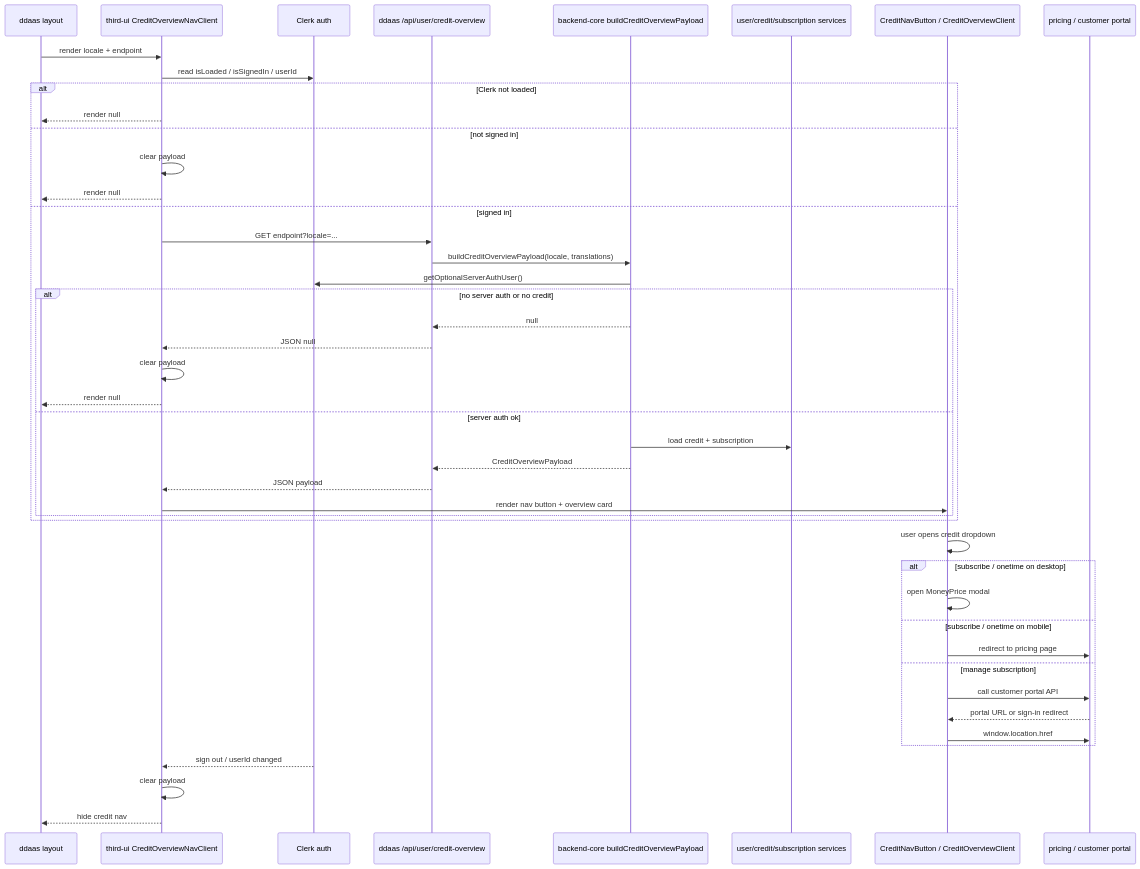
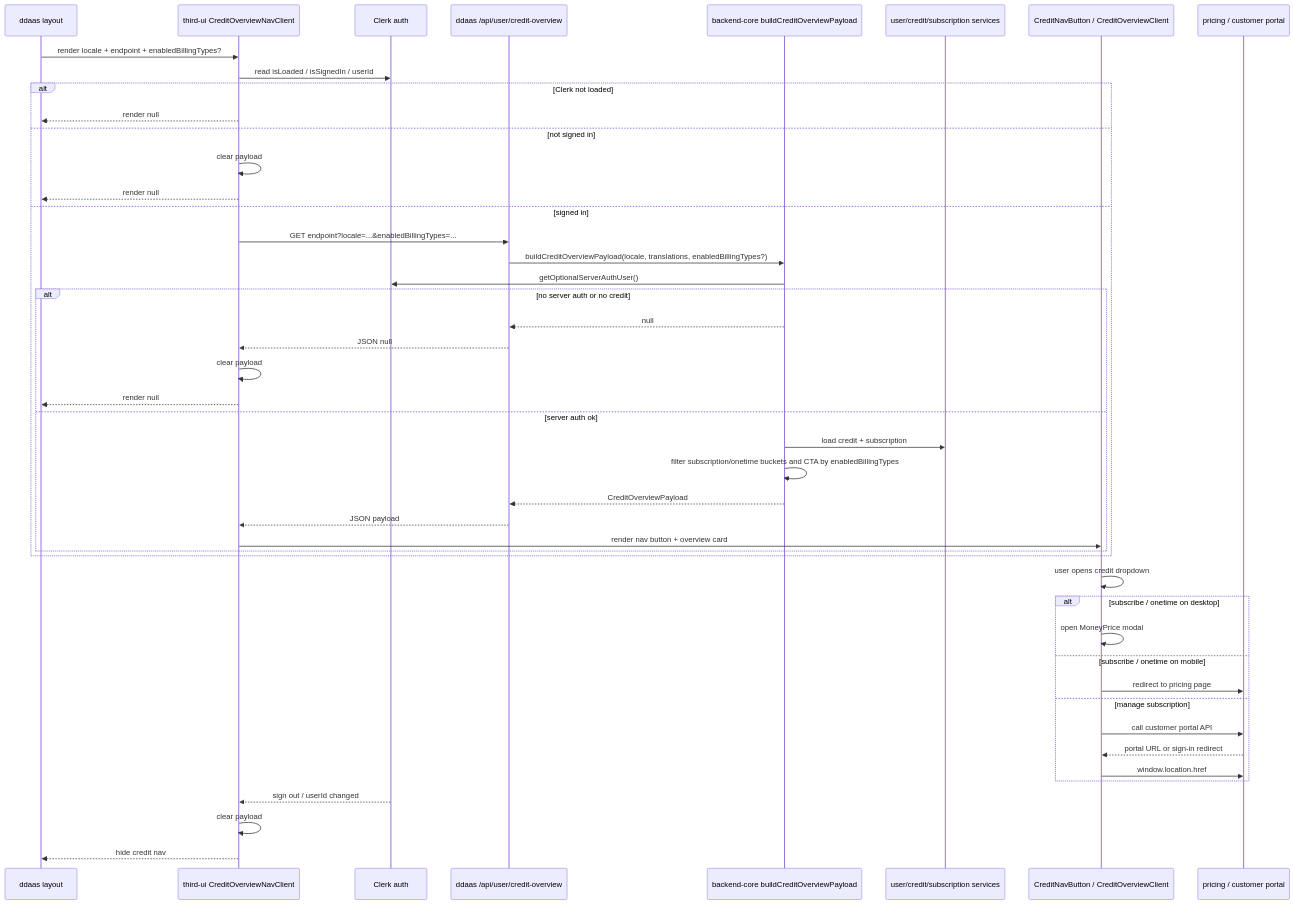
Before and after one commit to caofanCPU/next-ai-build: the first of 2 diagrams in docs/design/credit-overview.md, drawn with Mermaid. The commit also changed other lines of this file and 17 other files, not shown here.

````diff
--- a/docs/design/credit-overview.md
+++ b/docs/design/credit-overview.md
@@ -140,50 +146,51 @@
 ```mermaid
 sequenceDiagram
     participant App as ddaas layout
     participant Third as third-ui CreditOverviewNavClient
     participant Clerk as Clerk auth
     participant Api as ddaas /api/user/credit-overview
     participant Core as backend-core buildCreditOverviewPayload
     participant DB as user/credit/subscription services
     participant UI as CreditNavButton / CreditOverviewClient
     participant Pay as pricing / customer portal
 
-    App->>Third: render locale + endpoint
+    App->>Third: render locale + endpoint + enabledBillingTypes?
     Third->>Clerk: read isLoaded / isSignedIn / userId
     alt Clerk not loaded
         Third-->>App: render null
     else not signed in
         Third->>Third: clear payload
         Third-->>App: render null
     else signed in
-        Third->>Api: GET endpoint?locale=...
-        Api->>Core: buildCreditOverviewPayload(locale, translations)
+        Third->>Api: GET endpoint?locale=...&enabledBillingTypes=...
+        Api->>Core: buildCreditOverviewPayload(locale, translations, enabledBillingTypes?)
         Core->>Clerk: getOptionalServerAuthUser()
         alt no server auth or no credit
             Core-->>Api: null
             Api-->>Third: JSON null
             Third->>Third: clear payload
             Third-->>App: render null
         else server auth ok
             Core->>DB: load credit + subscription
+            Core->>Core: filter subscription/onetime buckets and CTA by enabledBillingTypes
             Core-->>Api: CreditOverviewPayload
             Api-->>Third: JSON payload
             Third->>UI: render nav button + overview card
         end
     end
 
     UI->>UI: user opens credit dropdown
     alt subscribe / onetime on desktop
         UI->>UI: open MoneyPrice modal
     else subscribe / onetime on mobile
         UI->>Pay: redirect to pricing page
     else manage subscription
         UI->>Pay: call customer portal API
         Pay-->>UI: portal URL or sign-in redirect
         UI->>Pay: window.location.href
     end
 
     Clerk-->>Third: sign out / userId changed
     Third->>Third: clear payload
     Third-->>App: hide credit nav
 ```
````
